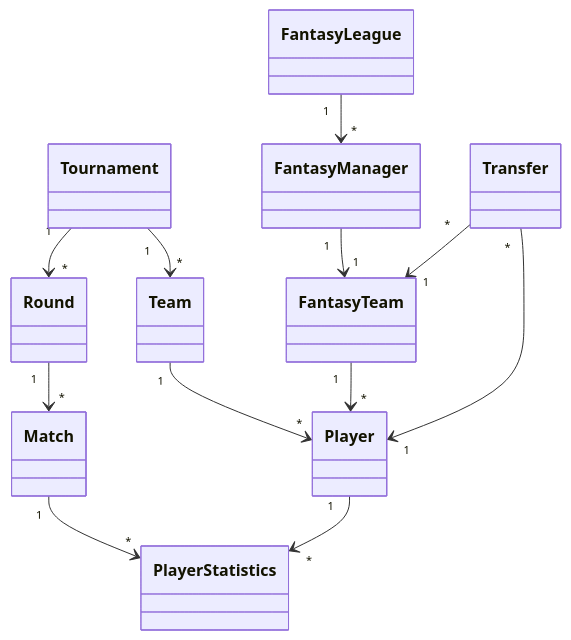
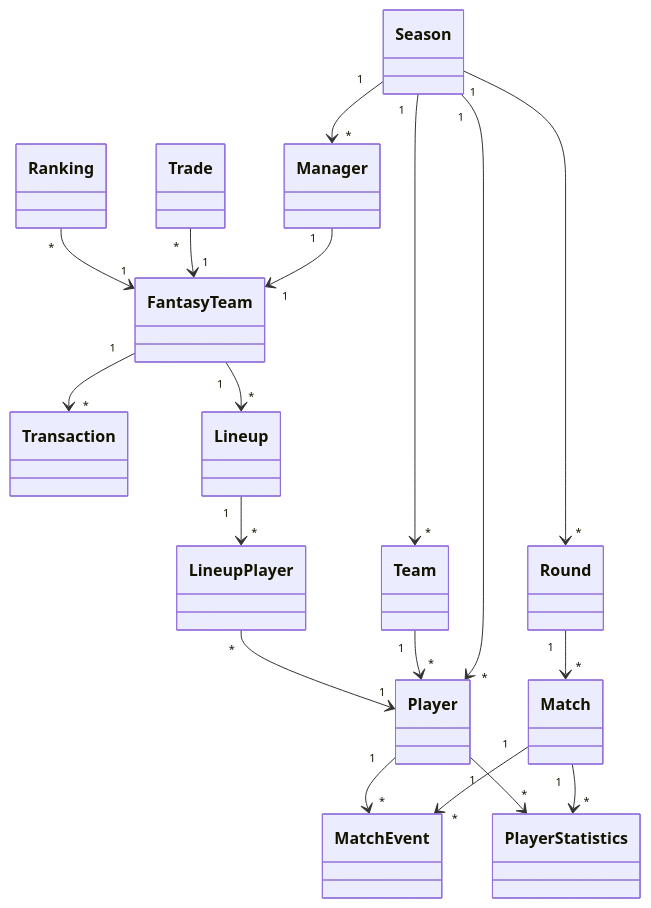
One commit to nikolastyl/my-fantasy-tournament changed the diagram in docs/01-domain-model.md. Above: the diagram before and after it, drawn with Mermaid. The commit also changed other lines of this file, not shown here.

````diff
--- a/docs/01-domain-model.md
+++ b/docs/01-domain-model.md
@@ -86,35 +241,31 @@
 ```mermaid
 classDiagram
 
-class Tournament
-class Round
-class Match
-class Team
-class Player
-class PlayerStatistics
-
-class FantasyLeague
-class FantasyManager
-class FantasyTeam
-class Transfer
-
-Tournament "1" --> "*" Team
-Tournament "1" --> "*" Round
+Season "1" --> "*" Team
+Season "1" --> "*" Player
+Season "1" --> "*" Round
+Season "1" --> "*" Manager
 
 Round "1" --> "*" Match
 
 Team "1" --> "*" Player
 
+Match "1" --> "*" MatchEvent
 Match "1" --> "*" PlayerStatistics
 
+Player "1" --> "*" MatchEvent
 Player "1" --> "*" PlayerStatistics
 
-FantasyLeague "1" --> "*" FantasyManager
+Manager "1" --> "1" FantasyTeam
 
-FantasyManager "1" --> "1" FantasyTeam
+FantasyTeam "1" --> "*" Transaction
+FantasyTeam "1" --> "*" Lineup
 
-FantasyTeam "1" --> "*" Player
+Lineup "1" --> "*" LineupPlayer
 
-Transfer "*" --> "1" FantasyTeam
-Transfer "*" --> "1" Player
+LineupPlayer "*" --> "1" Player
+
+Trade "*" --> "1" FantasyTeam
+
+Ranking "*" --> "1" FantasyTeam
 ```
````
